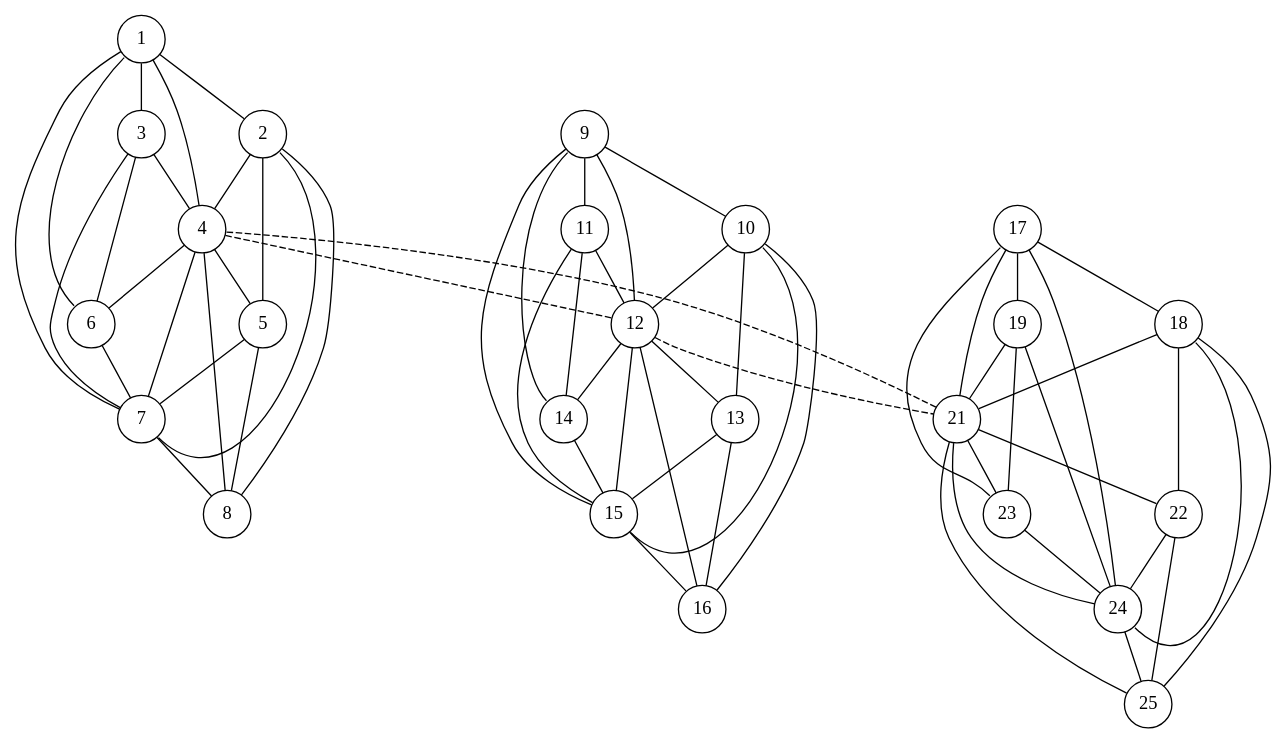
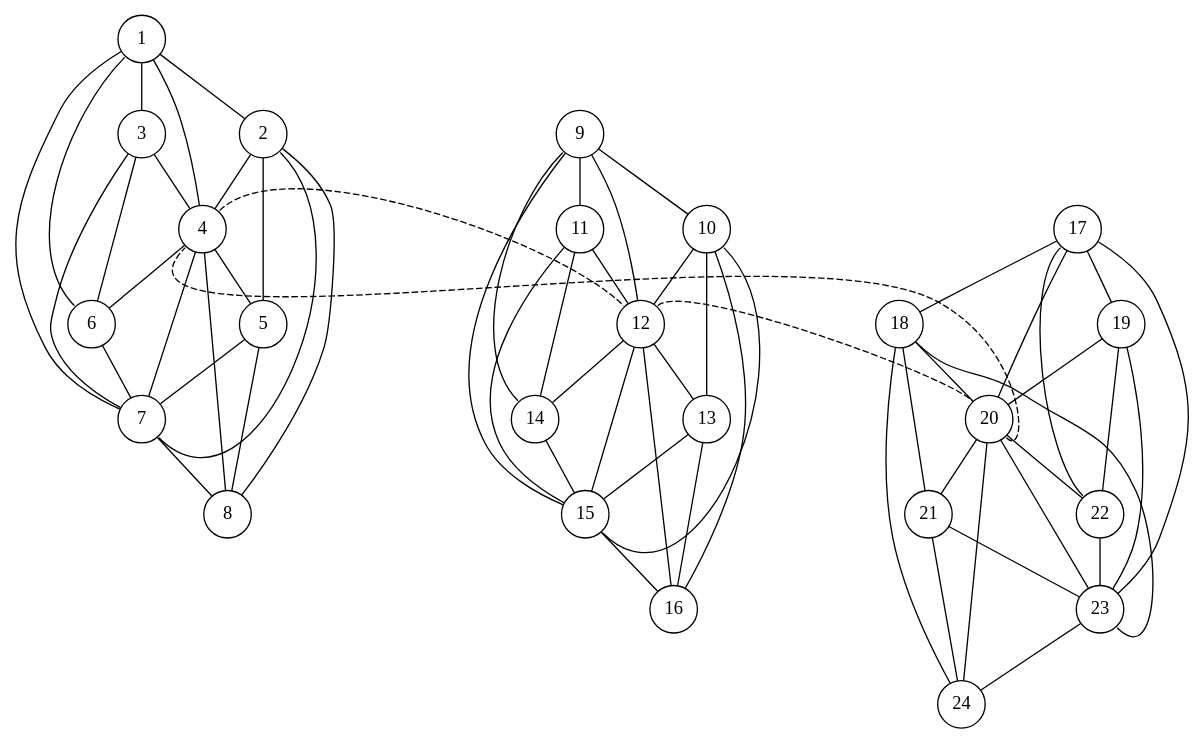
Before and after one commit to vladklokun/university-stuff: the diagram in y03s02/computer-systems/coursework/02-report/assets/cluster-08-04-ring-s03.dot, drawn with Graphviz. The commit also changed 25 other files, not shown here.

Commit message:
Y03S02: Computer Systems: Coursework 01: update diagrams, fix figure and table placement. (Version 01).

```diff
--- a/y03s02/computer-systems/coursework/02-report/assets/cluster-08-04-ring-s03.dot
+++ b/y03s02/computer-systems/coursework/02-report/assets/cluster-08-04-ring-s03.dot
@@ -1,93 +1,93 @@
 /*
  * Build using:
  * neato -Tpdf -O cluster_08.dot
  *
  */
 graph {
 	graph [
 		overlap=true,
 		splines=true,
 		margin = "0,0",
 		fontname = "STIX Two Math",
 		esep = "0.5"
 	];
 
 	node [
 		shape=circle,
 		fixedsize=true, // don't allow nodes to change sizes dynamically
 		width=0.5, // relative to the underlying coordinate grid?
 		color="black", // node border color (X11 or HTML colors)
 		fillcolor="white", // node fill color (X11 or HTML colors)
 		fontname = "STIX Two Math",
 	];
 
 	edge [
 	];
 
-	c1n1 [pos="-02.00, 02.00!", label="1"];
-	c1n2 [pos="-01.00, 02.00!", label="2"];
-	c1n3 [pos="-02.50, 01.00!", label="3"];
-	c1n4 [pos="-01.50, 01.00!", label="4"];
-	c1n5 [pos="-00.50, 01.00!", label="5"];
-	c1n6 [pos="-03.00, 00.00!", label="6"];
-	c1n7 [pos="-02.00, 00.00!", label="7"];
-	c1n8 [pos="-01.00, 00.00!", label="8"];
+	c1n1 [pos="01.00, 02.00!", label="1"];
+	c1n2 [pos="02.00, 02.00!", label="2"];
+	c1n3 [pos="00.50, 01.00!", label="3"];
+	c1n4 [pos="01.50, 01.00!", label="4"];
+	c1n5 [pos="02.50, 01.00!", label="5"];
+	c1n6 [pos="00.00, 00.00!", label="6"];
+	c1n7 [pos="01.00, 00.00!", label="7"];
+	c1n8 [pos="02.00, 00.00!", label="8"];
 	subgraph 1 {
 		c1n1:sw -- c1n6:nw;
 		c1n1 -- {c1n3 c1n7 c1n4 c1n2};
 		c1n2 -- {c1n4 c1n8 c1n5};
 		c1n2:se -- c1n7:se;
 		c1n3 -- {c1n4 c1n7 c1n6};
 		c1n4 -- {c1n5 c1n8 c1n7 c1n6};
 		c1n5 -- {c1n7 c1n8};
 		c1n6 -- {c1n7};
 		c1n7 -- {c1n8 };
 		c1n8 -- {};
 	}
 
-	c2n1 [pos="-02.00, 05.00!", label="9"];
-	c2n2 [pos="-01.00, 05.00!", label="10"];
-	c2n3 [pos="-02.50, 04.00!", label="11"];
-	c2n4 [pos="-01.50, 04.00!", label="12"];
-	c2n5 [pos="-00.50, 04.00!", label="13"];
-	c2n6 [pos="-03.00, 03.00!", label="14"];
-	c2n7 [pos="-02.00, 03.00!", label="15"];
-	c2n8 [pos="-01.00, 03.00!", label="16"];
+	c2n1 [pos="04.00, 02.00!", label="9"];
+	c2n2 [pos="05.00, 02.00!", label="10"];
+	c2n3 [pos="03.50, 01.00!", label="11"];
+	c2n4 [pos="04.50, 01.00!", label="12"];
+	c2n5 [pos="05.50, 01.00!", label="13"];
+	c2n6 [pos="03.00, 00.00!", label="14"];
+	c2n7 [pos="04.00, 00.00!", label="15"];
+	c2n8 [pos="05.00, 00.00!", label="16"];
 	subgraph 2 {
 		c2n1:sw -- c2n6:nw;
 		c2n1 -- {c2n3 c2n7 c2n4 c2n2};
 		c2n2 -- {c2n4 c2n8 c2n5};
 		c2n2:se -- c2n7:se;
 		c2n3 -- {c2n4 c2n7 c2n6};
 		c2n4 -- {c2n5 c2n8 c2n7 c2n6};
 		c2n5 -- {c2n7 c2n8};
 		c2n6 -- {c2n7};
 		c2n7 -- {c2n8 };
 		c2n8 -- {};
 	}
 
-	c3n1 [pos="01.00, 05.00!", label="17"];
-	c3n2 [pos="02.00, 05.00!", label="18"];
-	c3n3 [pos="00.50, 04.00!", label="19"];
-	c3n4 [pos="01.50, 04.00!", label="21"];
-	c3n5 [pos="02.50, 04.00!", label="22"];
-	c3n6 [pos="00.00, 03.00!", label="23"];
-	c3n7 [pos="01.00, 03.00!", label="24"];
-	c3n8 [pos="02.00, 03.00!", label="25"];
+	c3n1 [pos="07.00, 02.00!", label="17"];
+	c3n2 [pos="08.00, 02.00!", label="18"];
+	c3n3 [pos="06.50, 01.00!", label="19"];
+	c3n4 [pos="07.50, 01.00!", label="20"];
+	c3n5 [pos="08.50, 01.00!", label="21"];
+	c3n6 [pos="06.00, 00.00!", label="22"];
+	c3n7 [pos="07.00, 00.00!", label="23"];
+	c3n8 [pos="08.00, 00.00!", label="24"];
 	subgraph 3 {
 		c3n1:sw -- c3n6:nw;
 		c3n1 -- {c3n3 c3n7 c3n4 c3n2};
 		c3n2 -- {c3n4 c3n8 c3n5};
 		c3n2:se -- c3n7:se;
 		c3n3 -- {c3n4 c3n7 c3n6};
 		c3n4 -- {c3n5 c3n8 c3n7 c3n6};
 		c3n5 -- {c3n7 c3n8};
 		c3n6 -- {c3n7};
 		c3n7 -- {c3n8 };
 		c3n8 -- {};
 	}
 
-	c1n4 -- c2n4 [style = dashed];
-	c2n4 -- c3n4 [style = dashed];
-	c3n4 -- c1n4 [style = dashed];
+	c1n4:ne -- c2n4:nw [style = dashed];
+	c2n4:ne -- c3n4:nw [style = dashed];
+	c3n4:se -- c1n4:sw [style = dashed];
 }
```
